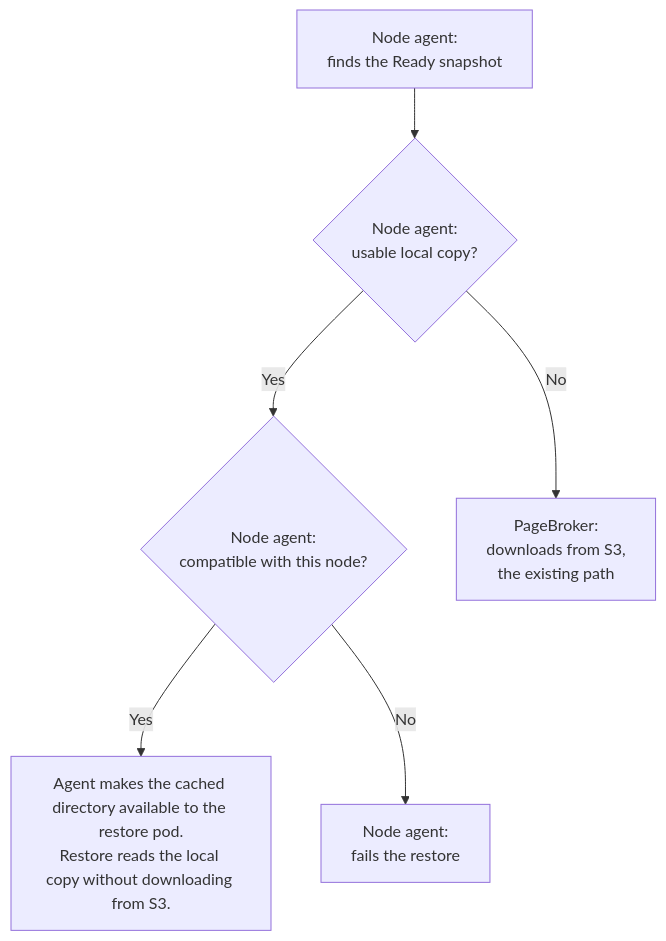
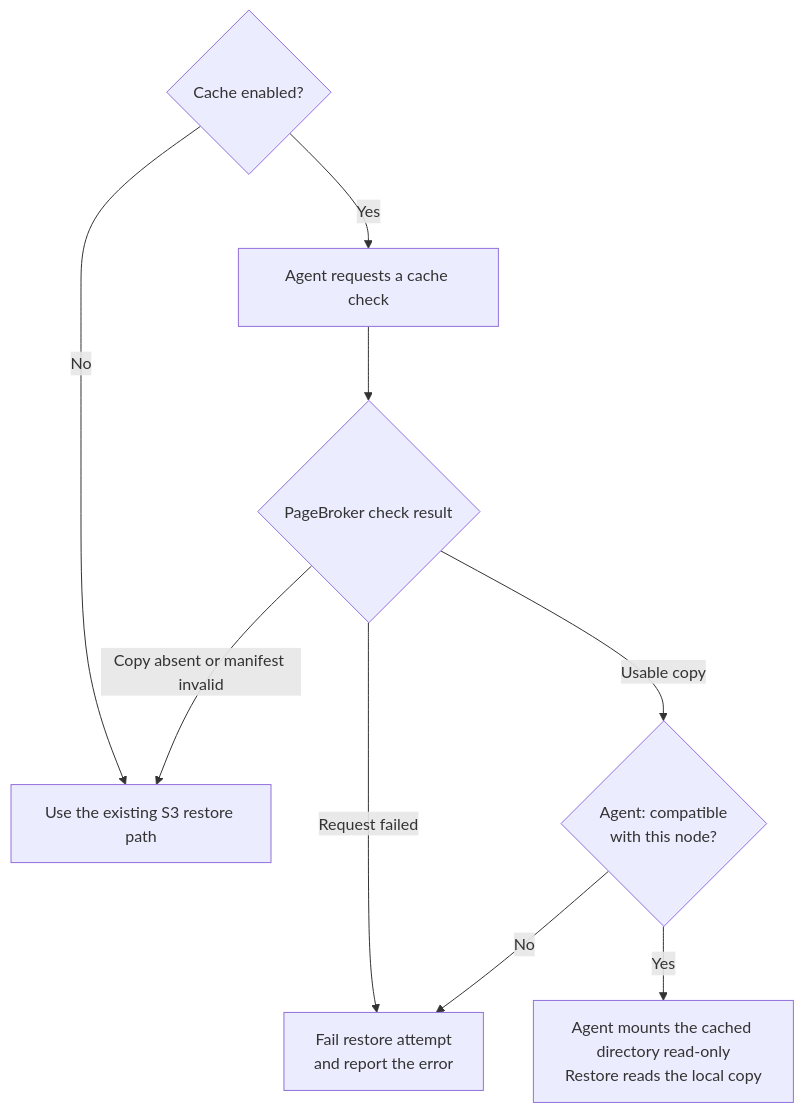
Before and after one commit to ai-dynamo/snapshot: the first of 3 diagrams in docs/design/644-node-cache/README.md, drawn with Mermaid. The commit also changed other lines of this file, not shown here.

First line of the commit message:
docs(snep): clarify cache ownership, restore, and cleanup

````diff
--- a/docs/design/644-node-cache/README.md
+++ b/docs/design/644-node-cache/README.md
@@ -238,8 +231,11 @@
 ```mermaid
 flowchart TD
-    A["Node agent:<br/>finds the Ready snapshot"] --> B{"Node agent:<br/>usable local copy?"}
-    B -->|"Yes"| C{"Node agent:<br/>compatible with this node?"}
-    C -->|"Yes"| D["Agent makes the cached directory available to the restore pod.<br/>Restore reads the local copy without downloading from S3."]
-    C -->|"No"| E["Node agent:<br/>fails the restore"]
-    B -->|"No"| F["PageBroker:<br/>downloads from S3,<br/>the existing path"]
+    B{"Cache enabled?"} -->|"No"| S["Use the existing S3 restore path"]
+    B -->|"Yes"| C["Agent requests a cache check"]
+    C --> D{"PageBroker check result"}
+    D -->|"Request failed"| E["Fail restore attempt<br/>and report the error"]
+    D -->|"Copy absent or manifest invalid"| S
+    D -->|"Usable copy"| F{"Agent: compatible<br/>with this node?"}
+    F -->|"No"| E
+    F -->|"Yes"| G["Agent mounts the cached directory read-only<br/>Restore reads the local copy"]
 ```
````
